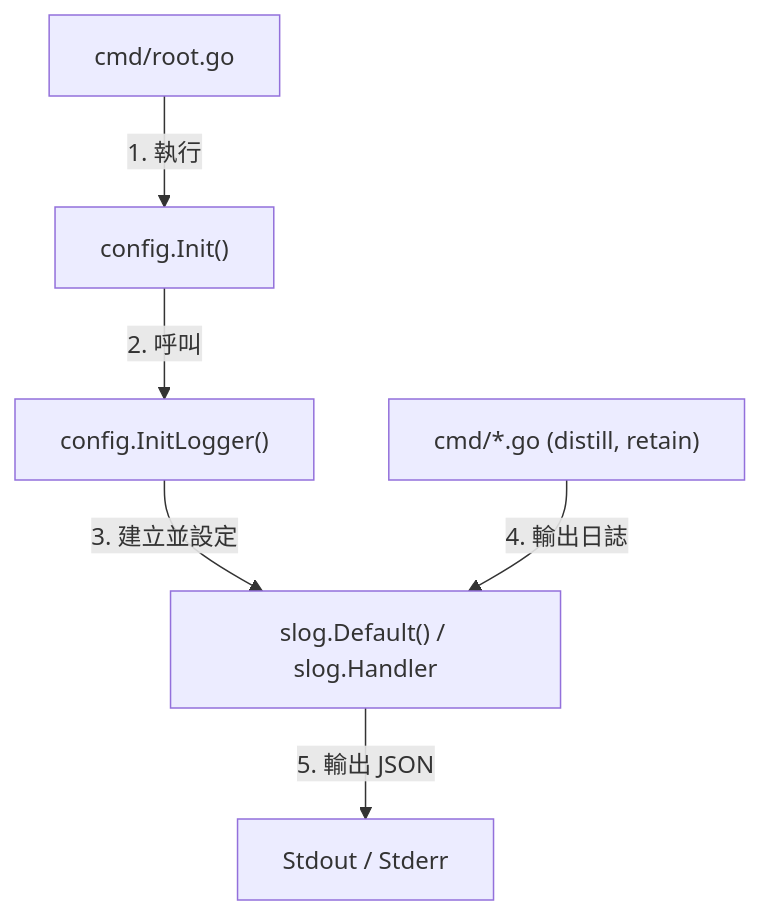
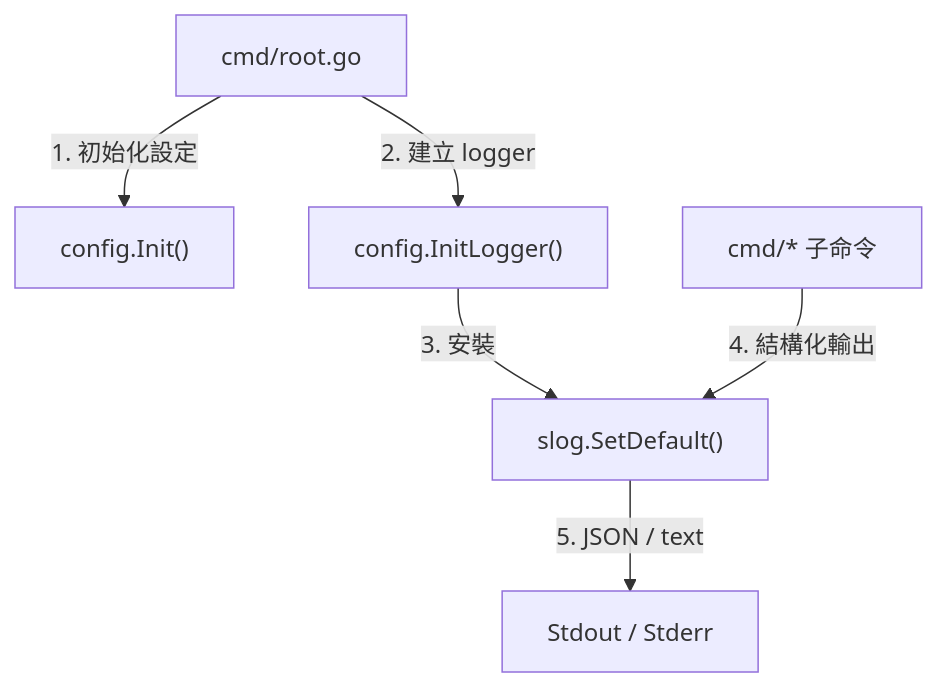
The second of 2 diagrams in plans/2026-07-02-architecture-structured-logging.md (BizShuk/cc-plugin), drawn with Mermaid before and after one commit. The commit also changed other lines of this file and 61 other files, not shown here.

````diff
--- a/plans/2026-07-02-architecture-structured-logging.md
+++ b/plans/2026-07-02-architecture-structured-logging.md
@@ -56,8 +40,8 @@
 ```mermaid
 flowchart TD
-    Root["cmd/root.go"] -->|"1. 執行"| Init["config.Init()"]
-    Init -->|"2. 呼叫"| InitLogger["config.InitLogger()"]
-    InitLogger -->|"3. 建立並設定"| Slog["slog.Default() / slog.Handler"]
-    Cmd["cmd/*.go (distill, retain)"] -->|"4. 輸出日誌"| Slog
-    Slog -->|"5. 輸出 JSON"| Stdout["Stdout / Stderr"]
+    Root["cmd/root.go"] -->|"1. 初始化設定"| Config["config.Init()"]
+    Root -->|"2. 建立 logger"| InitLogger["config.InitLogger()"]
+    InitLogger -->|"3. 安裝"| Slog["slog.SetDefault()"]
+    Commands["cmd/* 子命令"] -->|"4. 結構化輸出"| Slog
+    Slog -->|"5. JSON / text"| Console["Stdout / Stderr"]
 ```
````
